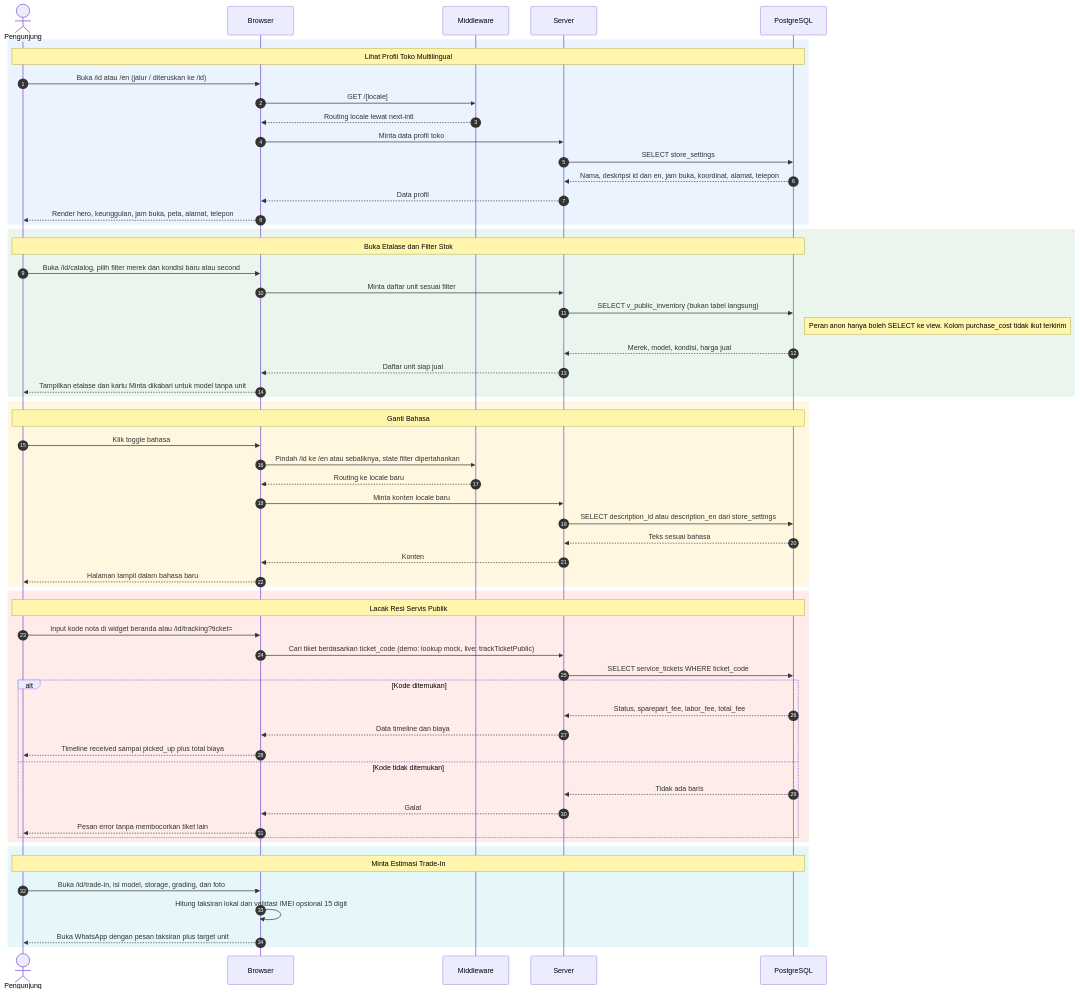
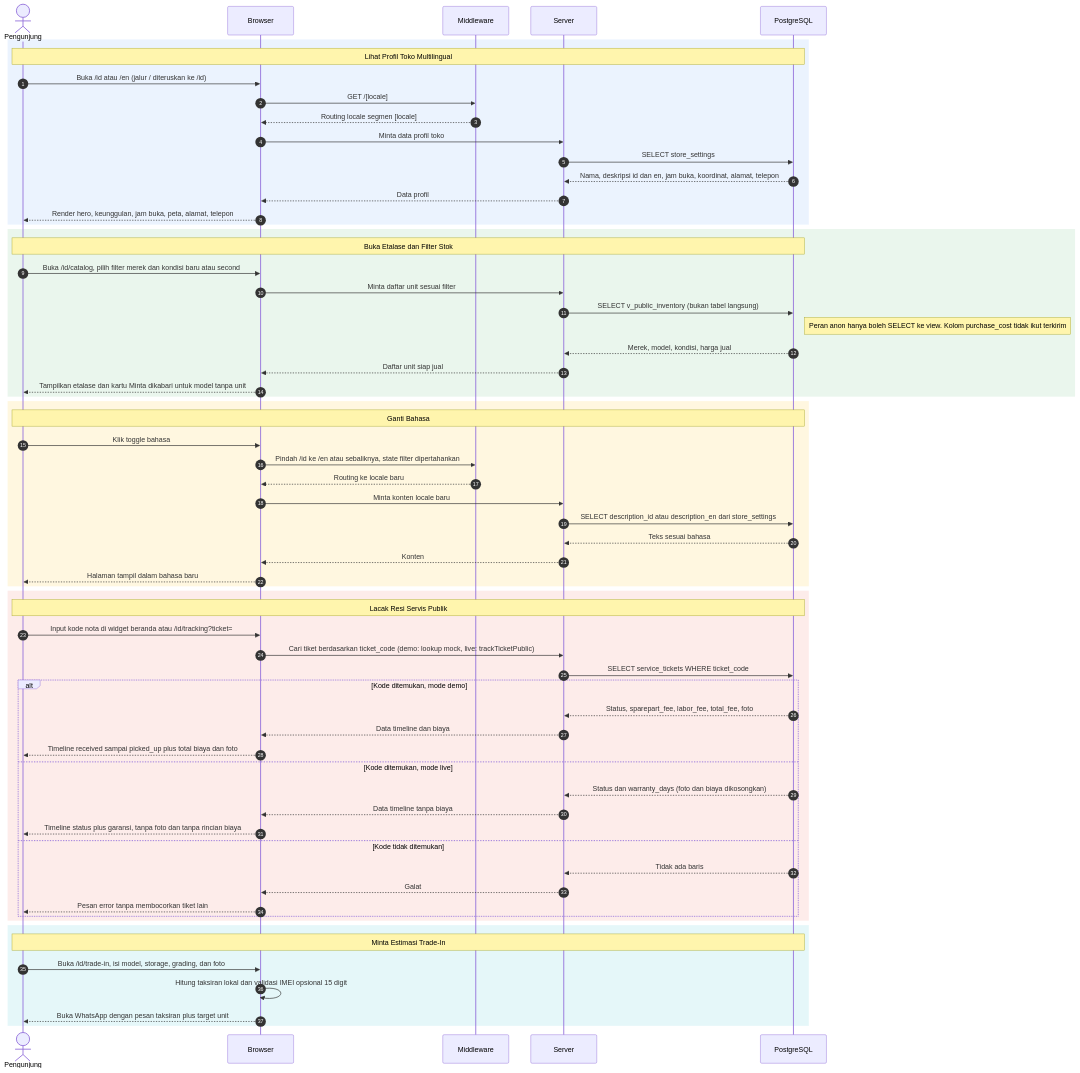
The first of 5 diagrams in docs/diagram-uml/sequence-diagram-atcell.md (neiaki/KP), drawn with Mermaid before and after one commit. The commit also changed other lines of this file, not shown here.

Commit message:
docs: perbaiki klaim next-intl dan lacak live di sequence diagram

````diff
--- a/docs/diagram-uml/sequence-diagram-atcell.md
+++ b/docs/diagram-uml/sequence-diagram-atcell.md
@@ -72,67 +72,71 @@
 ```mermaid
 sequenceDiagram
     autonumber
     actor P as Pengunjung
     participant UI as Browser
     participant MW as Middleware
     participant SV as Server
     participant DB as PostgreSQL
 
     rect rgba(66, 133, 244, 0.10)
     Note over P,DB: Lihat Profil Toko Multilingual
     P->>UI: Buka /id atau /en (jalur / diteruskan ke /id)
     UI->>MW: GET /[locale]
-    MW-->>UI: Routing locale lewat next-intl
+    MW-->>UI: Routing locale segmen [locale]
     UI->>SV: Minta data profil toko
     SV->>DB: SELECT store_settings
     DB-->>SV: Nama, deskripsi id dan en, jam buka, koordinat, alamat, telepon
     SV-->>UI: Data profil
     UI-->>P: Render hero, keunggulan, jam buka, peta, alamat, telepon
     end
 
     rect rgba(52, 168, 83, 0.10)
     Note over P,DB: Buka Etalase dan Filter Stok
     P->>UI: Buka /id/catalog, pilih filter merek dan kondisi baru atau second
     UI->>SV: Minta daftar unit sesuai filter
     SV->>DB: SELECT v_public_inventory (bukan tabel langsung)
     Note right of DB: Peran anon hanya boleh SELECT ke view. Kolom purchase_cost tidak ikut terkirim
     DB-->>SV: Merek, model, kondisi, harga jual
     SV-->>UI: Daftar unit siap jual
     UI-->>P: Tampilkan etalase dan kartu Minta dikabari untuk model tanpa unit
     end
 
     rect rgba(251, 188, 4, 0.12)
     Note over P,DB: Ganti Bahasa
     P->>UI: Klik toggle bahasa
     UI->>MW: Pindah /id ke /en atau sebaliknya, state filter dipertahankan
     MW-->>UI: Routing ke locale baru
     UI->>SV: Minta konten locale baru
     SV->>DB: SELECT description_id atau description_en dari store_settings
     DB-->>SV: Teks sesuai bahasa
     SV-->>UI: Konten
     UI-->>P: Halaman tampil dalam bahasa baru
     end
 
     rect rgba(234, 67, 53, 0.10)
     Note over P,DB: Lacak Resi Servis Publik
     P->>UI: Input kode nota di widget beranda atau /id/tracking?ticket=
     UI->>SV: Cari tiket berdasarkan ticket_code (demo: lookup mock, live: trackTicketPublic)
     SV->>DB: SELECT service_tickets WHERE ticket_code
-    alt Kode ditemukan
-        DB-->>SV: Status, sparepart_fee, labor_fee, total_fee
+    alt Kode ditemukan, mode demo
+        DB-->>SV: Status, sparepart_fee, labor_fee, total_fee, foto
         SV-->>UI: Data timeline dan biaya
-        UI-->>P: Timeline received sampai picked_up plus total biaya
+        UI-->>P: Timeline received sampai picked_up plus total biaya dan foto
+    else Kode ditemukan, mode live
+        DB-->>SV: Status dan warranty_days (foto dan biaya dikosongkan)
+        SV-->>UI: Data timeline tanpa biaya
+        UI-->>P: Timeline status plus garansi, tanpa foto dan tanpa rincian biaya
     else Kode tidak ditemukan
         DB-->>SV: Tidak ada baris
         SV-->>UI: Galat
         UI-->>P: Pesan error tanpa membocorkan tiket lain
     end
     end
 
     rect rgba(0, 172, 193, 0.10)
     Note over P,DB: Minta Estimasi Trade-In
     P->>UI: Buka /id/trade-in, isi model, storage, grading, dan foto
     UI->>UI: Hitung taksiran lokal dan validasi IMEI opsional 15 digit
     UI-->>P: Buka WhatsApp dengan pesan taksiran plus target unit
     end
 ```
````
